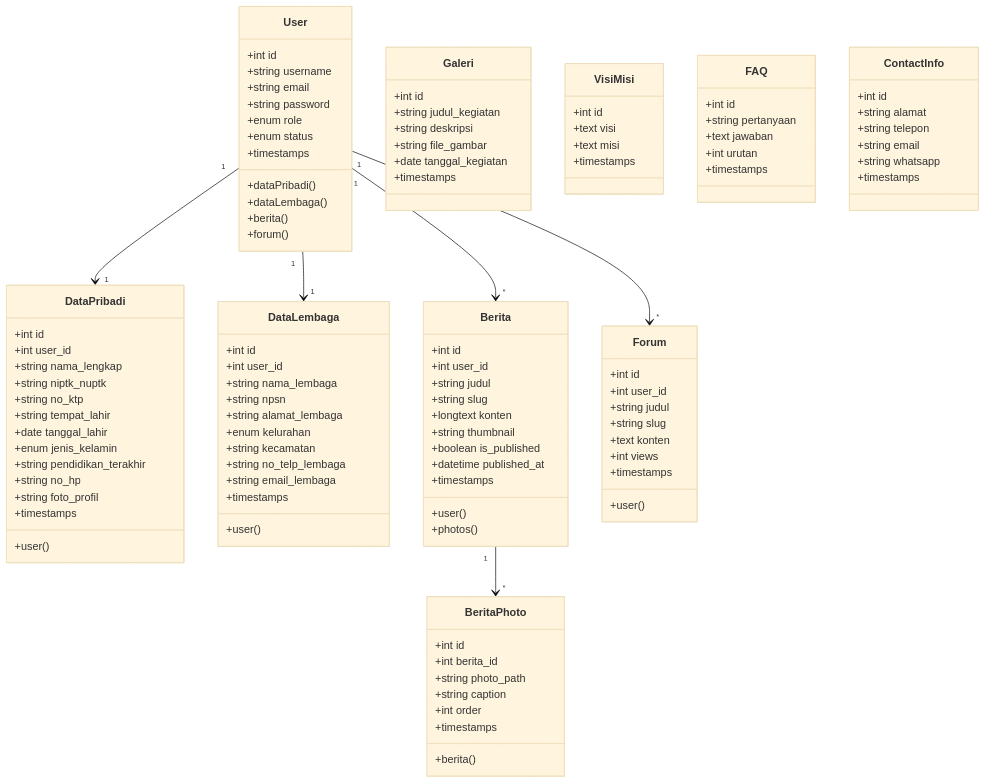
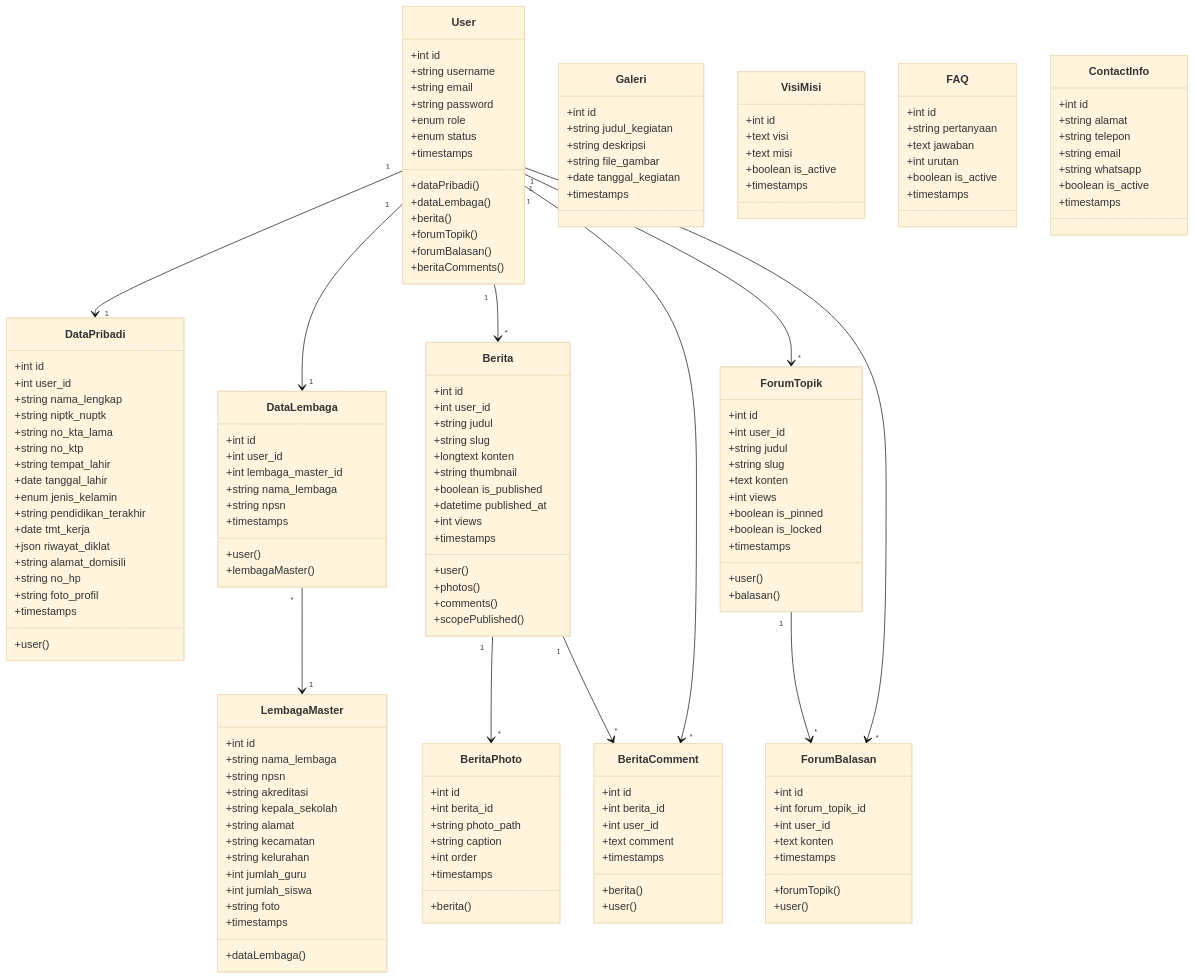
One commit to mmararief/himpaudi-bektim changed the eighth of 11 diagrams in README.md. Above: the diagram before and after it, drawn with Mermaid (base theme). The commit also changed other lines of this file, not shown here.

````diff
--- a/README.md
+++ b/README.md
@@ -317,7 +438,9 @@
         +dataPribadi()
         +dataLembaga()
         +berita()
-        +forum()
+        +forumTopik()
+        +forumBalasan()
+        +beritaComments()
     }
 
     class DataPribadi {
@@ -325,11 +448,15 @@
         +int user_id
         +string nama_lengkap
         +string niptk_nuptk
+        +string no_kta_lama
         +string no_ktp
         +string tempat_lahir
         +date tanggal_lahir
         +enum jenis_kelamin
         +string pendidikan_terakhir
+        +date tmt_kerja
+        +json riwayat_diklat
+        +string alamat_domisili
         +string no_hp
         +string foto_profil
         +timestamps
@@ -339,15 +466,28 @@
     class DataLembaga {
         +int id
         +int user_id
+        +int lembaga_master_id
         +string nama_lembaga
         +string npsn
-        +string alamat_lembaga
-        +enum kelurahan
-        +string kecamatan
-        +string no_telp_lembaga
-        +string email_lembaga
         +timestamps
         +user()
+        +lembagaMaster()
+    }
+
+    class LembagaMaster {
+        +int id
+        +string nama_lembaga
+        +string npsn
+        +string akreditasi
+        +string kepala_sekolah
+        +string alamat
+        +string kecamatan
+        +string kelurahan
+        +int jumlah_guru
+        +int jumlah_siswa
+        +string foto
+        +timestamps
+        +dataLembaga()
     }
 
     class Berita {
@@ -359,9 +499,12 @@
         +string thumbnail
         +boolean is_published
         +datetime published_at
+        +int views
         +timestamps
         +user()
         +photos()
+        +comments()
+        +scopePublished()
     }
 
     class BeritaPhoto {
@@ -374,6 +517,16 @@
         +berita()
     }
 
+    class BeritaComment {
+        +int id
+        +int berita_id
+        +int user_id
+        +text comment
+        +timestamps
+        +berita()
+        +user()
+    }
+
     class Galeri {
         +int id
         +string judul_kegiatan
@@ -383,14 +536,27 @@
         +timestamps
     }
 
-    class Forum {
+    class ForumTopik {
         +int id
         +int user_id
         +string judul
         +string slug
         +text konten
         +int views
+        +boolean is_pinned
+        +boolean is_locked
         +timestamps
+        +user()
+        +balasan()
+    }
+
+    class ForumBalasan {
+        +int id
+        +int forum_topik_id
+        +int user_id
+        +text konten
+        +timestamps
+        +forumTopik()
         +user()
     }
 
@@ -398,6 +564,7 @@
         +int id
         +text visi
         +text misi
+        +boolean is_active
         +timestamps
     }
 
@@ -406,6 +573,7 @@
         +string pertanyaan
         +text jawaban
         +int urutan
+        +boolean is_active
         +timestamps
     }
 
@@ -415,12 +583,18 @@
         +string telepon
         +string email
         +string whatsapp
+        +boolean is_active
         +timestamps
     }
 
     User "1" --> "1" DataPribadi
     User "1" --> "1" DataLembaga
     User "1" --> "*" Berita
-    User "1" --> "*" Forum
+    User "1" --> "*" ForumTopik
+    User "1" --> "*" ForumBalasan
+    User "1" --> "*" BeritaComment
+    DataLembaga "*" --> "1" LembagaMaster
     Berita "1" --> "*" BeritaPhoto
+    Berita "1" --> "*" BeritaComment
+    ForumTopik "1" --> "*" ForumBalasan
 ```
````
